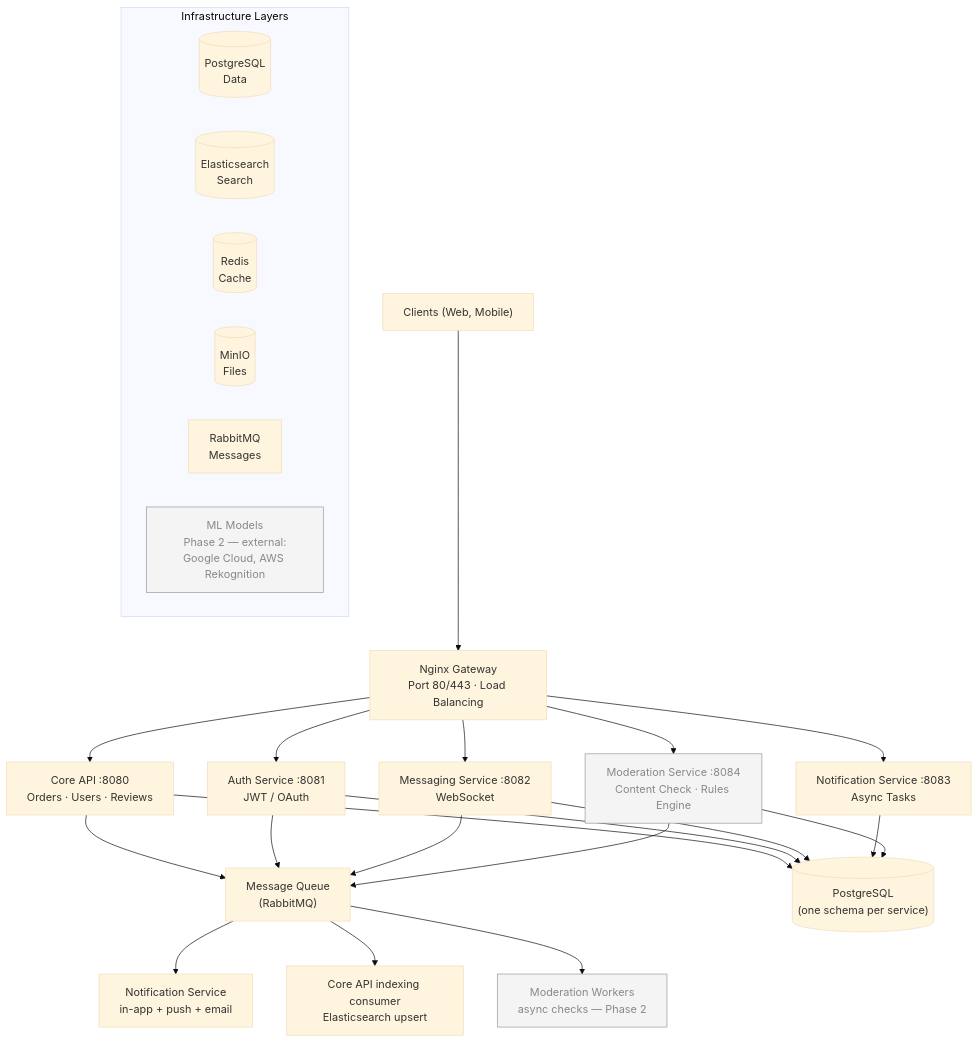
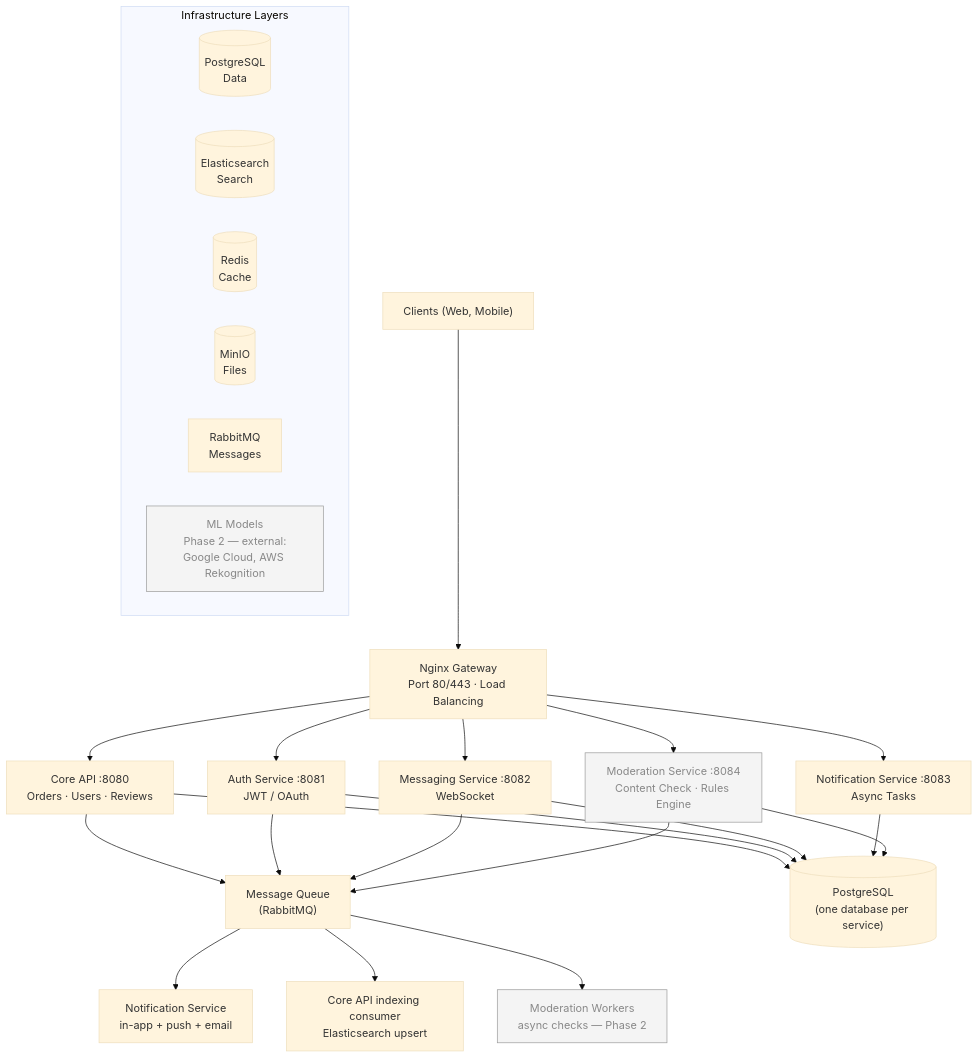
The diagram in docs/3 - System Design.md (Iarylkin/proFinder_backend), drawn with Mermaid (base theme) before and after one commit. The commit also changed other lines of this file and 4 other files, not shown here.

First line of the commit message:
docs: describe the database per service in docs 3, 6, 7 and CLAUDE.md

````diff
--- a/docs/3 - System Design.md
+++ b/docs/3 - System Design.md
@@ -13,38 +13,38 @@
 ```mermaid
 flowchart TD
     Clients["Clients (Web, Mobile)"] --> GW["Nginx Gateway<br/>Port 80/443 · Load Balancing"]
 
     GW --> Core & Auth & Msg & Notif & Mod
 
     Core["Core API :8080<br/>Orders · Users · Reviews"]
     Auth["Auth Service :8081<br/>JWT / OAuth"]
     Msg["Messaging Service :8082<br/>WebSocket"]
     Notif["Notification Service :8083<br/>Async Tasks"]
     Mod["Moderation Service :8084<br/>Content Check · Rules Engine"]
 
     Core --> MQ & PG
     Auth --> MQ & PG
     Msg --> MQ & PG
     Notif --> PG
     Mod --> MQ & PG
 
     MQ["Message Queue<br/>(RabbitMQ)"]
-    PG[("PostgreSQL<br/>(one schema per service)")]
+    PG[("PostgreSQL<br/>(one database per service)")]
 
     MQ --> C1["Notification Service<br/>in-app + push + email"]
     MQ --> C2["Core API indexing consumer<br/>Elasticsearch upsert"]
     MQ --> C3["Moderation Workers<br/>async checks — Phase 2"]
 
     subgraph Infra["Infrastructure Layers"]
         direction LR
         I1[("PostgreSQL<br/>Data")]
         I2[("Elasticsearch<br/>Search")]
         I3[("Redis<br/>Cache")]
         I4[("MinIO<br/>Files")]
         I5["RabbitMQ<br/>Messages"]
         I6["ML Models<br/>Phase 2 — external:<br/>Google Cloud, AWS Rekognition"]
     end
 
     classDef phase2 fill:#f4f4f4,stroke:#999,color:#888;
     class Mod,C3,I6 phase2;
 ```
````
